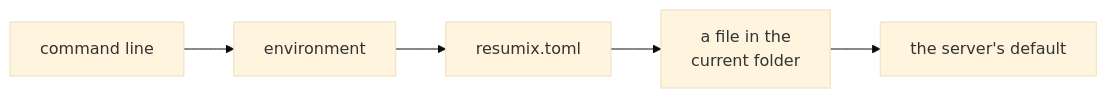
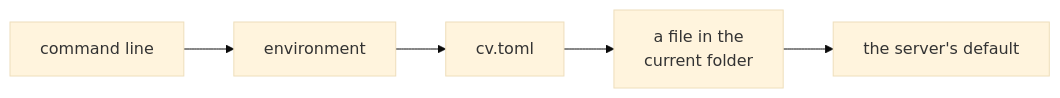
Before and after one commit to gcontini/ats-strike: the third of 3 diagrams in doc/client.md, drawn with Mermaid (base theme). The commit also changed other lines of this file and 229 other files, not shown here.

````diff
--- a/doc/client.md
+++ b/doc/client.md
@@ -357,4 +357,4 @@
 ```mermaid
 flowchart LR
-    CLI["command line"] --> ENV["environment"] --> TOML["resumix.toml"] --> FOUND["a file in the<br/>current folder"] --> SRV["the server's default"]
+    CLI["command line"] --> ENV["environment"] --> TOML["cv.toml"] --> FOUND["a file in the<br/>current folder"] --> SRV["the server's default"]
 ```
````
